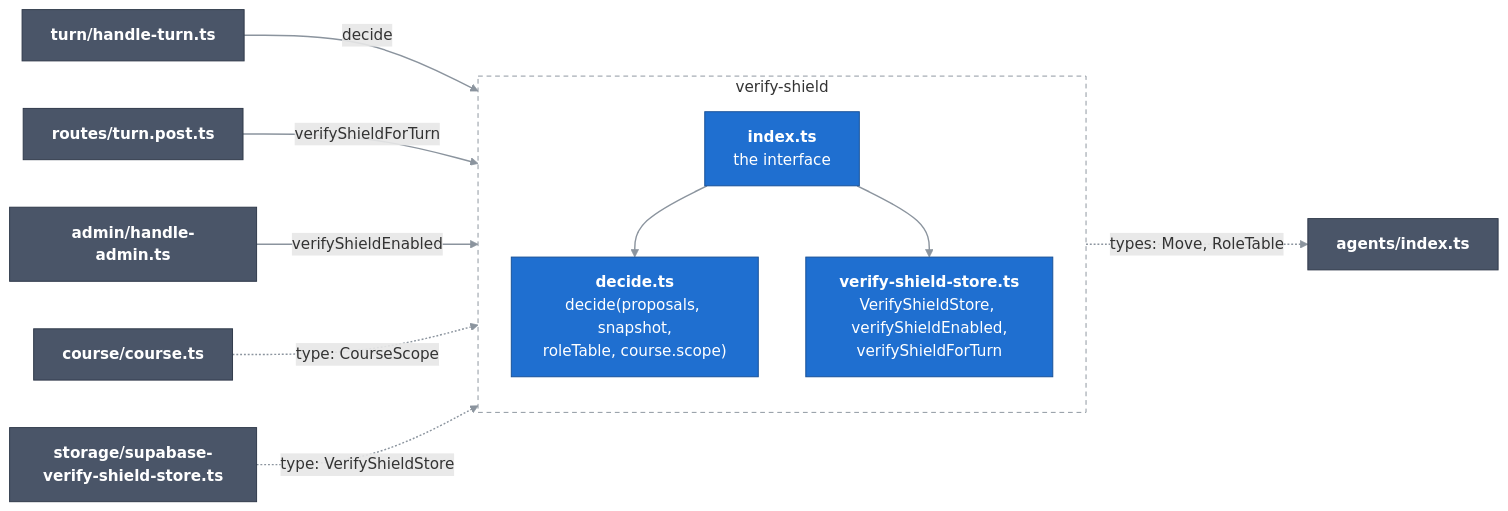
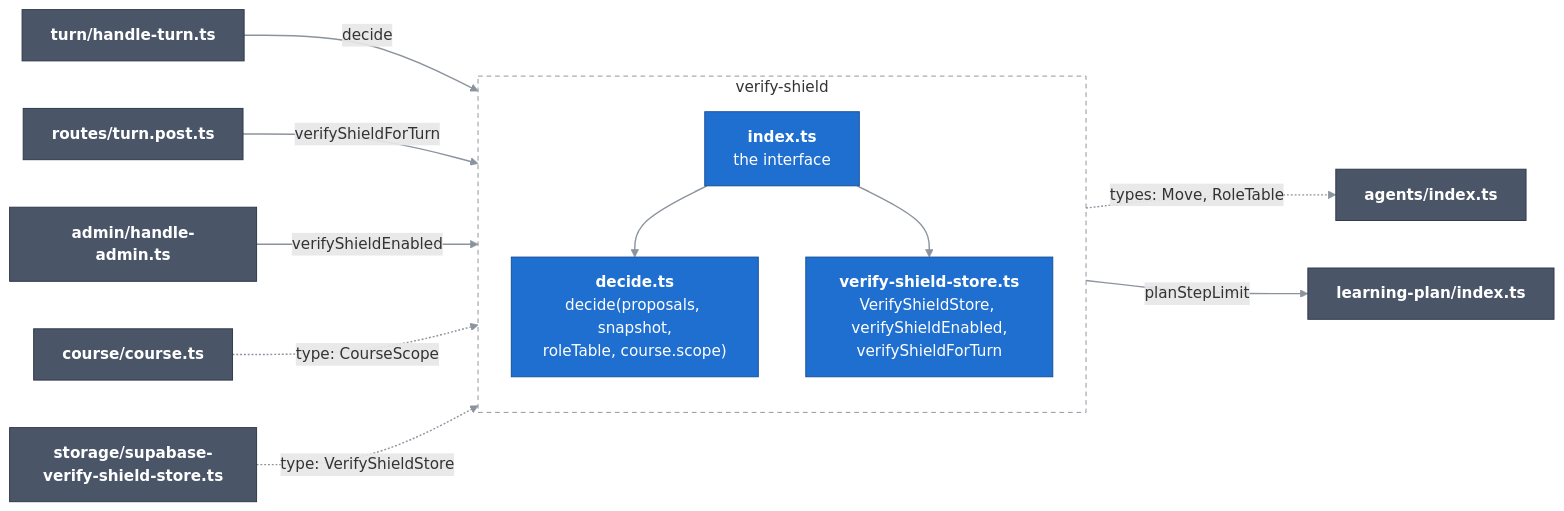
One commit to Bill2926/COS40005_HN9_Verifiable_Co-Learner_Agent changed the diagram in docs/c4/03-components/server/03-verify-shield.md. Above: the diagram before and after it, drawn with Mermaid. The commit also changed other lines of this file and 34 other files, not shown here.

First line of the commit message:
Let the Teacher propose a learning plan the student agrees to (#236)

````diff
--- a/docs/c4/03-components/server/03-verify-shield.md
+++ b/docs/c4/03-components/server/03-verify-shield.md
@@ -11,31 +11,33 @@
 ```mermaid
 flowchart LR
   classDef comp fill:#1f6fd0,stroke:#164f96,color:#ffffff
   classDef near fill:#4a5568,stroke:#2d3748,color:#ffffff
   linkStyle default stroke:#8b949e,stroke-width:1.5px
 
   handleTurn["<b>turn/handle-turn.ts</b>"]:::near
   turnRoute["<b>routes/turn.post.ts</b>"]:::near
   handleAdmin["<b>admin/handle-admin.ts</b>"]:::near
   course["<b>course/course.ts</b>"]:::near
   supaStore["<b>storage/supabase-verify-shield-store.ts</b>"]:::near
   agents["<b>agents/index.ts</b>"]:::near
+  plan["<b>learning-plan/index.ts</b>"]:::near
 
   subgraph shield["verify-shield"]
     direction TB
     index["<b>index.ts</b><br/>the interface"]:::comp
     decide["<b>decide.ts</b><br/>decide(proposals, snapshot,<br/>roleTable, course.scope)"]:::comp
     store["<b>verify-shield-store.ts</b><br/>VerifyShieldStore, verifyShieldEnabled,<br/>verifyShieldForTurn"]:::comp
   end
 
   handleTurn -->|"decide"| index
   turnRoute -->|"verifyShieldForTurn"| index
   handleAdmin -->|"verifyShieldEnabled"| index
   course -.->|"type: CourseScope"| index
   supaStore -.->|"type: VerifyShieldStore"| index
   index --> decide
   index --> store
   decide -.->|"types: Move, RoleTable"| agents
+  decide -->|"planStepLimit"| plan
 
   style shield fill:none,stroke:#8b949e,stroke-dasharray:5 4
 ```
````
